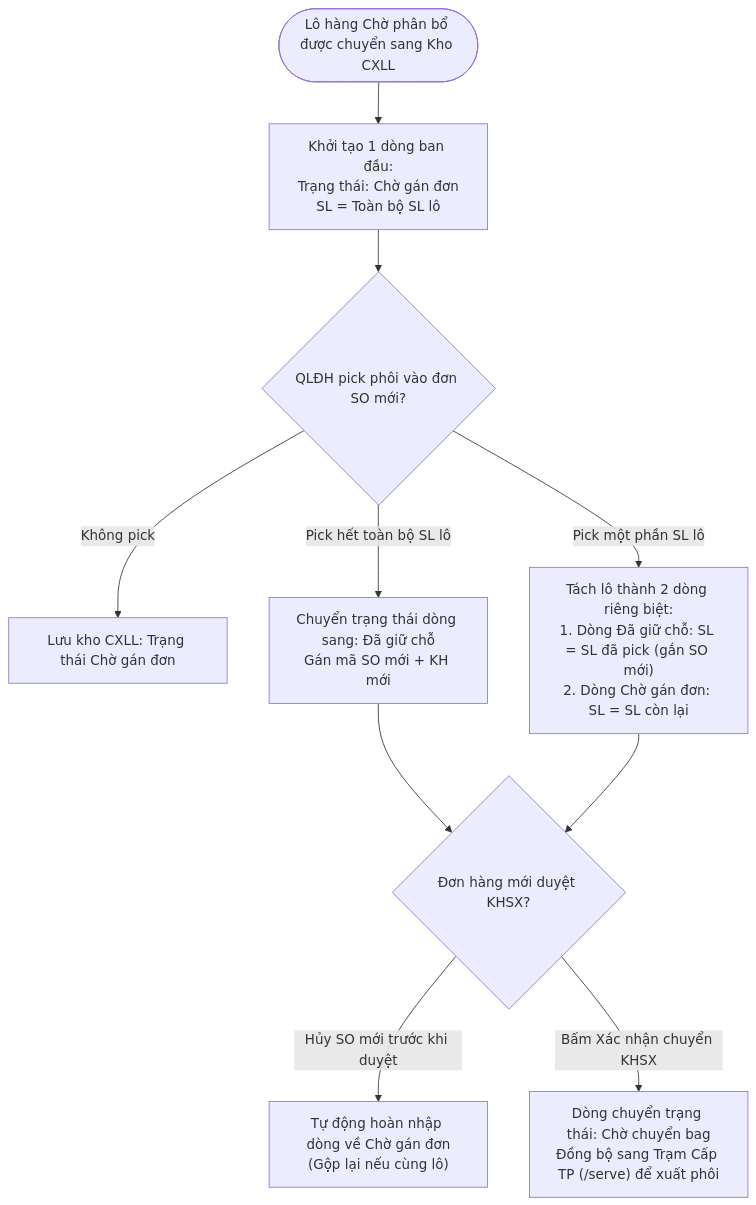
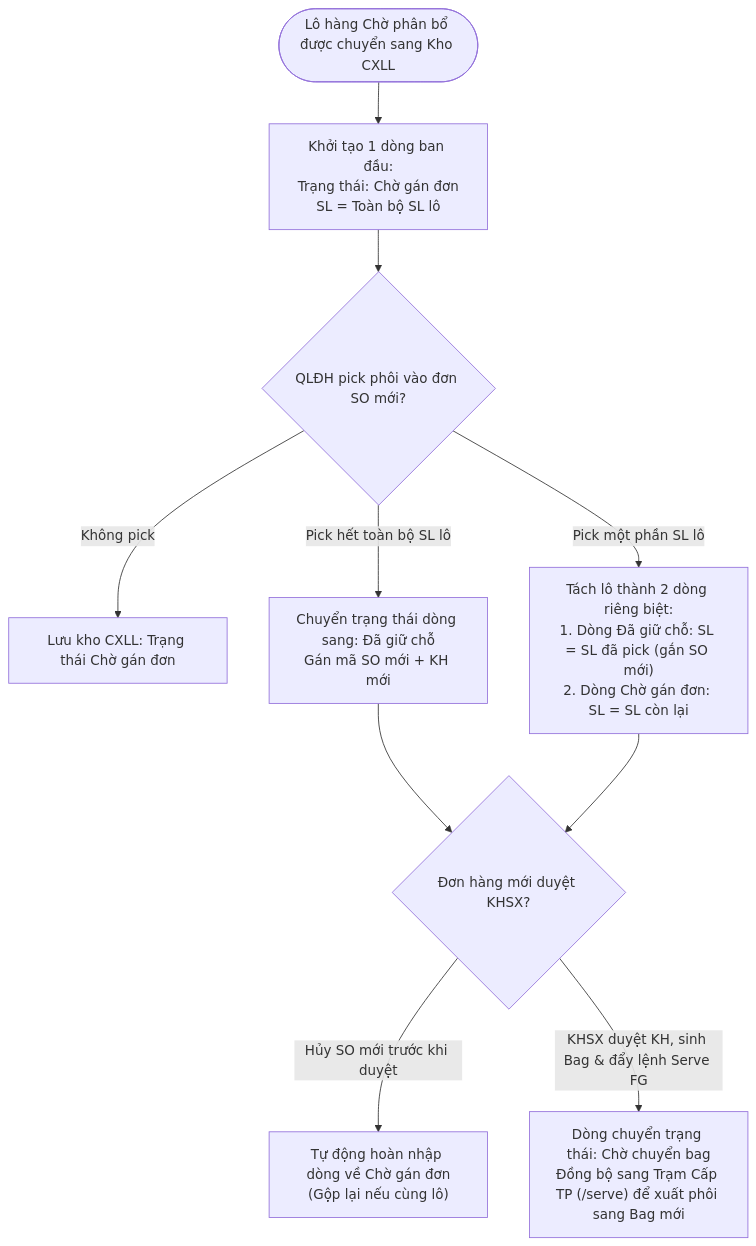
One commit to midumidu1213-collab/order-prototype changed the diagram in docs/user-stories/US-KTP-02-danh-sach-cho-xu-ly-lai-va-giu-cho.md. Above: the diagram before and after it, drawn with Mermaid. The commit also changed other lines of this file and 3 other files, not shown here.

````diff
--- a/docs/user-stories/US-KTP-02-danh-sach-cho-xu-ly-lai-va-giu-cho.md
+++ b/docs/user-stories/US-KTP-02-danh-sach-cho-xu-ly-lai-va-giu-cho.md
@@ -136,16 +136,16 @@
 ```mermaid
 flowchart TD
     Start([Lô hàng Chờ phân bổ được chuyển sang Kho CXLL]) --> SplitRow["Khởi tạo 1 dòng ban đầu:<br>Trạng thái: Chờ gán đơn<br>SL = Toàn bộ SL lô"]
     
     SplitRow --> ActionKD{QLĐH pick phôi vào đơn SO mới?}
     ActionKD -->|Không pick| StayFree["Lưu kho CXLL: Trạng thái Chờ gán đơn"]
     
     ActionKD -->|Pick hết toàn bộ SL lô| ChangeAll["Chuyển trạng thái dòng sang: Đã giữ chỗ<br>Gán mã SO mới + KH mới"]
     ActionKD -->|Pick một phần SL lô| SplitState["Tách lô thành 2 dòng riêng biệt:<br>1. Dòng Đã giữ chỗ: SL = SL đã pick (gắn SO mới)<br>2. Dòng Chờ gán đơn: SL = SL còn lại"]
     
     ChangeAll --> KHSXAction{Đơn hàng mới duyệt KHSX?}
     SplitState --> KHSXAction
     
     KHSXAction -->|Hủy SO mới trước khi duyệt| Rollback["Tự động hoàn nhập dòng về Chờ gán đơn<br>(Gộp lại nếu cùng lô)"]
-    KHSXAction -->|Bấm Xác nhận chuyển KHSX| TransferBag["Dòng chuyển trạng thái: Chờ chuyển bag<br>Đồng bộ sang Trạm Cấp TP (/serve) để xuất phôi"]
+    KHSXAction -->|KHSX duyệt KH, sinh Bag & đẩy lệnh Serve FG| TransferBag["Dòng chuyển trạng thái: Chờ chuyển bag<br>Đồng bộ sang Trạm Cấp TP (/serve) để xuất phôi sang Bag mới"]
 ```
````
